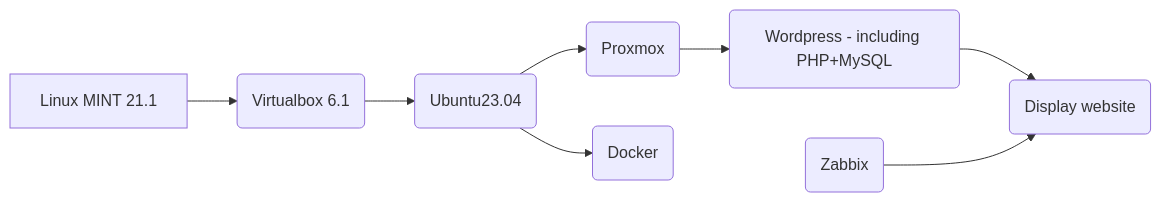
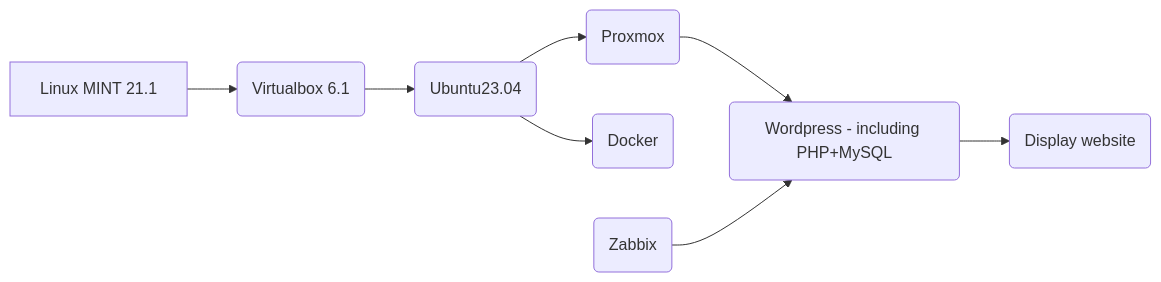
Before and after one commit to DanyAAD90/DevOps_junior_Wordpress: the diagram in Project.md, drawn with Mermaid.

````diff
--- a/Project.md
+++ b/Project.md
@@ -3,10 +3,10 @@
 ```mermaid
 graph LR
 A[Linux MINT 21.1] --> B(Virtualbox 6.1)
 B --> C(Ubuntu23.04)
 C --> D(Proxmox)
 D --> E(Wordpress - including PHP+MySQL)
 E --> G(Display website)
 C --> F(Docker)
-H(Zabbix) --> G
+H(Zabbix) --> E
 ```
````
